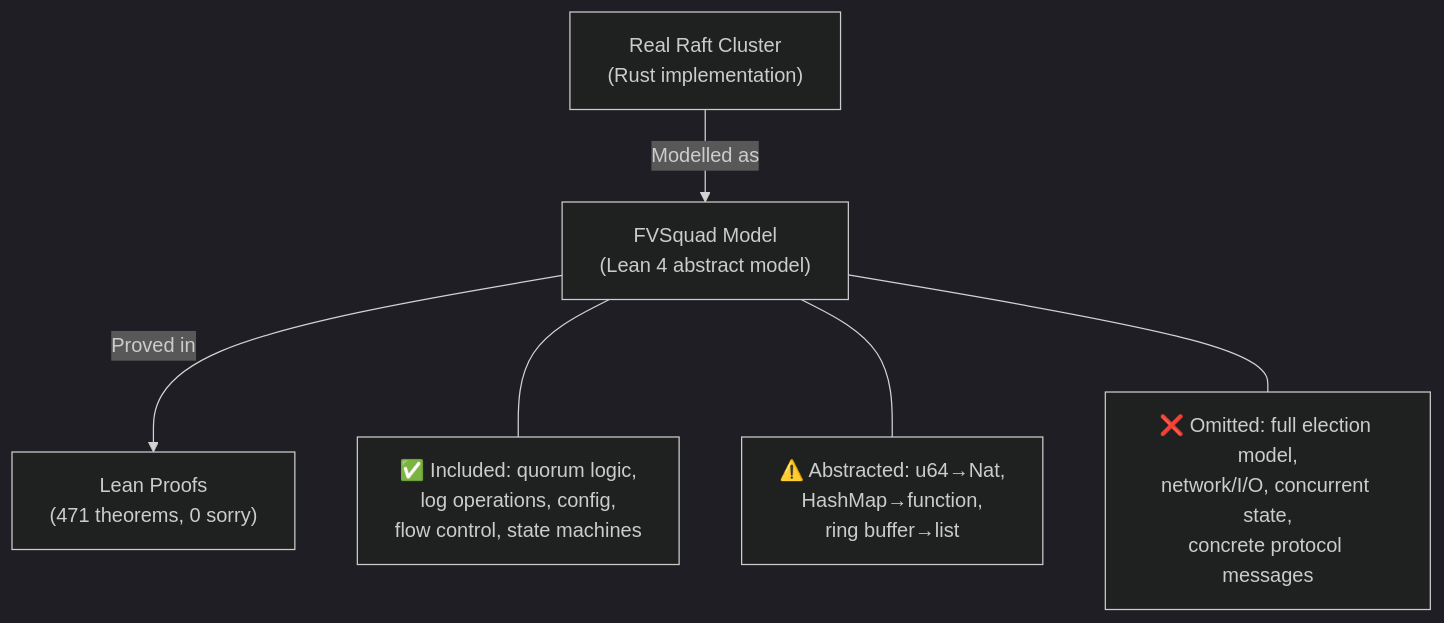
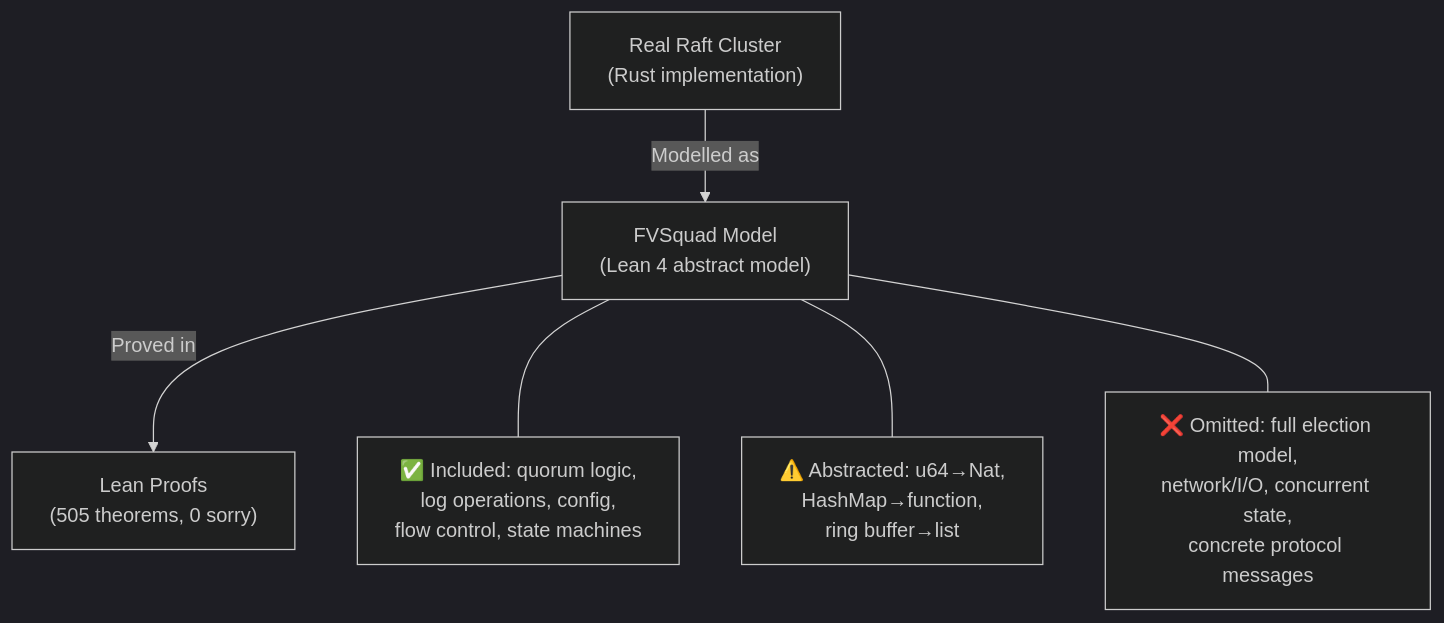
One commit to dsyme/fv-squad changed the tenth of 11 diagrams in formal-verification/REPORT.md. Above: the diagram before and after it, drawn with Mermaid (dark theme). The commit also changed other lines of this file and 2 other files, not shown here.

First line of the commit message:
feat(fv): Run 47 — REPORT.md (505 theorems/32 files) + RESEARCH.md/TARGETS.md updates

````diff
--- a/formal-verification/REPORT.md
+++ b/formal-verification/REPORT.md
@@ -297,17 +339,17 @@
 ```mermaid
 graph TD
     REAL["Real Raft Cluster<br/>(Rust implementation)"]
     MODEL["FVSquad Model<br/>(Lean 4 abstract model)"]
-    PROOF["Lean Proofs<br/>(471 theorems, 0 sorry)"]
+    PROOF["Lean Proofs<br/>(505 theorems, 0 sorry)"]
 
     REAL -->|"Modelled as"| MODEL
     MODEL -->|"Proved in"| PROOF
 
     NOTE1["✅ Included: quorum logic,<br/>log operations, config,<br/>flow control, state machines"]
     NOTE2["⚠️ Abstracted: u64→Nat,<br/>HashMap→function,<br/>ring buffer→list"]
     NOTE3["❌ Omitted: full election model,<br/>network/I/O, concurrent state,<br/>concrete protocol messages"]
 
     MODEL --- NOTE1
     MODEL --- NOTE2
     MODEL --- NOTE3
 ```
````
